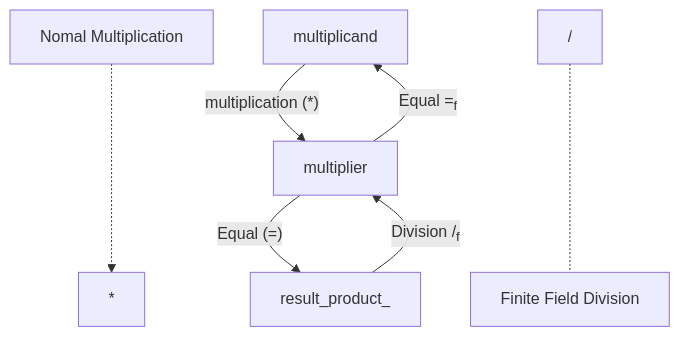
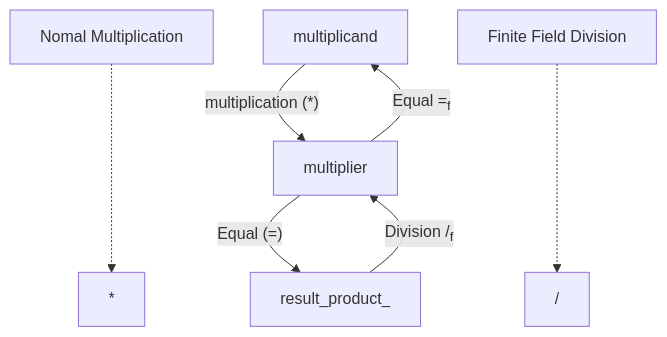
The third of 3 diagrams in Finite_Field/README.md (will-bc/Blockchain-Cryptocurrency), drawn with Mermaid before and after one commit.

````diff
--- a/Finite_Field/README.md
+++ b/Finite_Field/README.md
@@ -49,15 +49,15 @@
 ```mermaid 
 graph TB 
 
 A["Nomal Multiplication"] -..-> *
 
 multiplicand --"multiplication (*)" --> multiplier-->|"Equal (=)"|result_product_ 
 
 result_product_-- "Division /<sub>f</sub>" -->multiplier
 multiplier--"Equal =<sub>f</sub>" -->multiplicand
 
-/ o-..- B["Finite Field Division"]
+/ 
 
-
+B["Finite Field Division"] -..-> /
 
 ```
````
